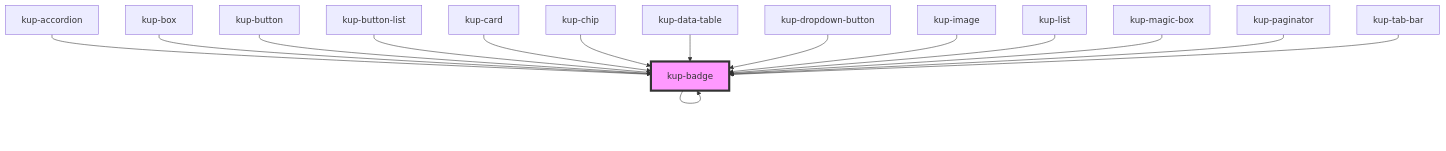
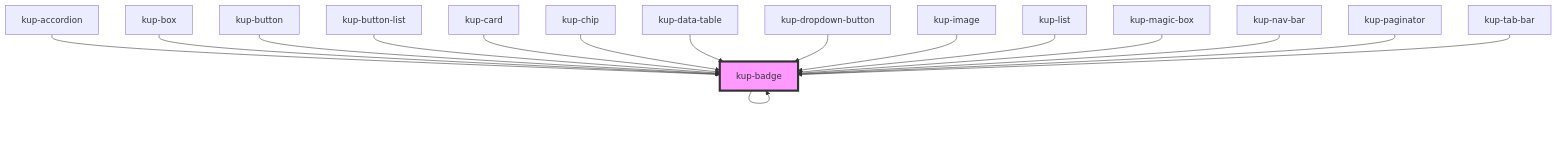
One commit to smeup/ketchup changed the diagram in packages/ketchup/src/components/kup-badge/readme.md. Above: the diagram before and after it, drawn with Mermaid. The commit also changed other lines of this file and 5 other files, not shown here.

Commit message:
kup-nav-bar: minor style fixes and renewed build-time files.

````diff
--- a/packages/ketchup/src/components/kup-badge/readme.md
+++ b/packages/ketchup/src/components/kup-badge/readme.md
@@ -79,18 +80,19 @@
 ```mermaid
 graph TD;
   kup-badge --> kup-badge
   kup-accordion --> kup-badge
   kup-box --> kup-badge
   kup-button --> kup-badge
   kup-button-list --> kup-badge
   kup-card --> kup-badge
   kup-chip --> kup-badge
   kup-data-table --> kup-badge
   kup-dropdown-button --> kup-badge
   kup-image --> kup-badge
   kup-list --> kup-badge
   kup-magic-box --> kup-badge
+  kup-nav-bar --> kup-badge
   kup-paginator --> kup-badge
   kup-tab-bar --> kup-badge
   style kup-badge fill:#f9f,stroke:#333,stroke-width:4px
 ```
````
